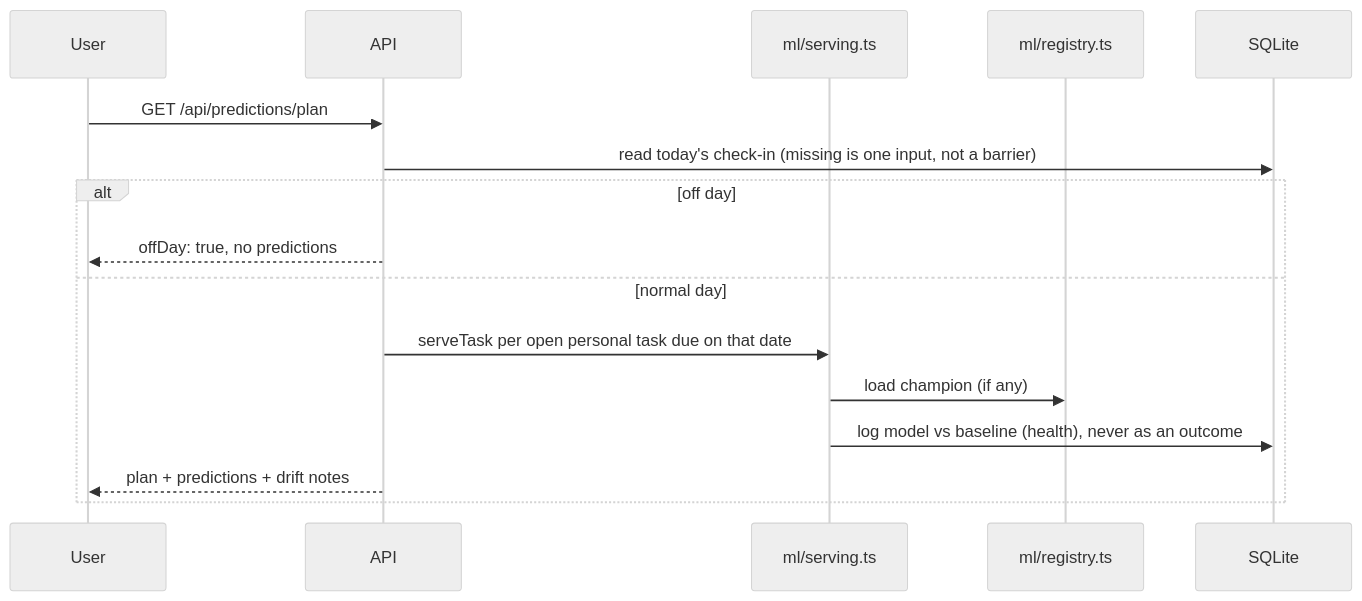
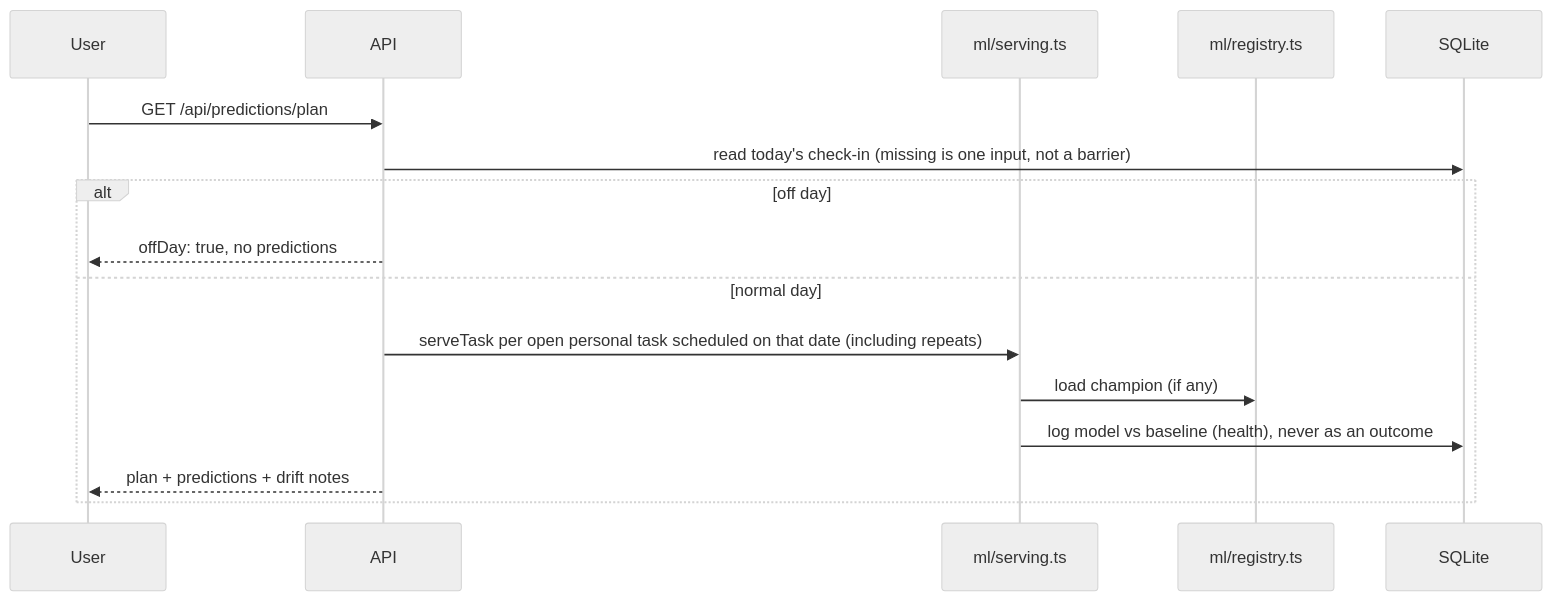
One commit to akashjatwala/To-Do-List changed the fourth of 4 diagrams in docs/architecture.md. Above: the diagram before and after it, drawn with Mermaid (neutral theme). The commit also changed other lines of this file and 51 other files, not shown here.

````diff
--- a/docs/architecture.md
+++ b/docs/architecture.md
@@ -92,18 +105,18 @@
 ```mermaid
 sequenceDiagram
   participant U as User
   participant A as API
   participant S as ml/serving.ts
   participant R as ml/registry.ts
   participant D as SQLite
   U->>A: GET /api/predictions/plan
   A->>D: read today's check-in (missing is one input, not a barrier)
   alt off day
     A-->>U: offDay: true, no predictions
   else normal day
-    A->>S: serveTask per open personal task due on that date
+    A->>S: serveTask per open personal task scheduled on that date (including repeats)
     S->>R: load champion (if any)
     S->>D: log model vs baseline (health), never as an outcome
     A-->>U: plan + predictions + drift notes
   end
 ```
````
